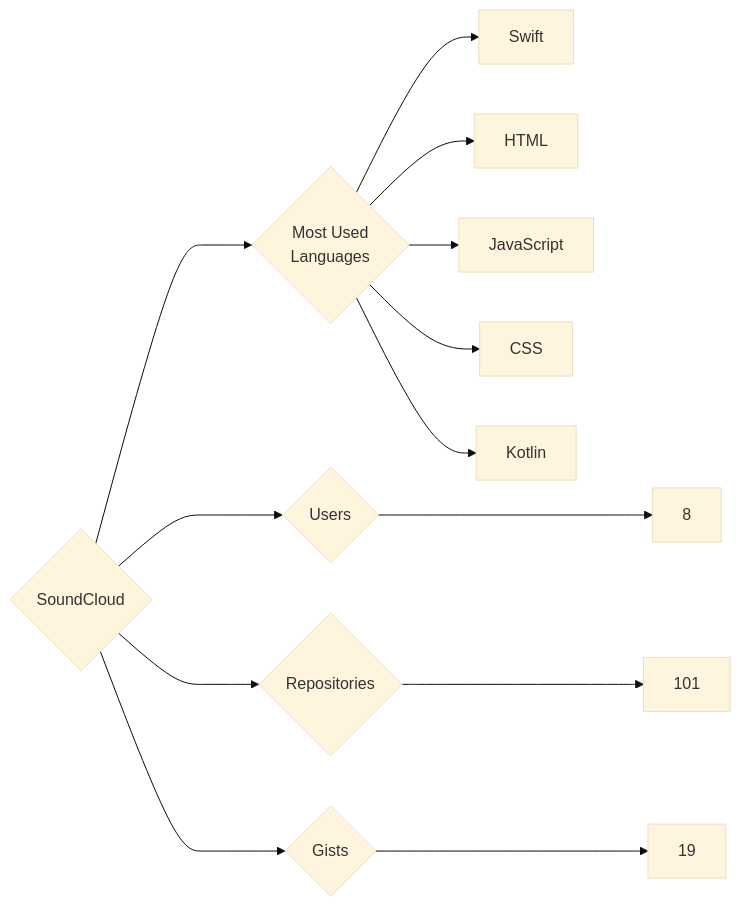
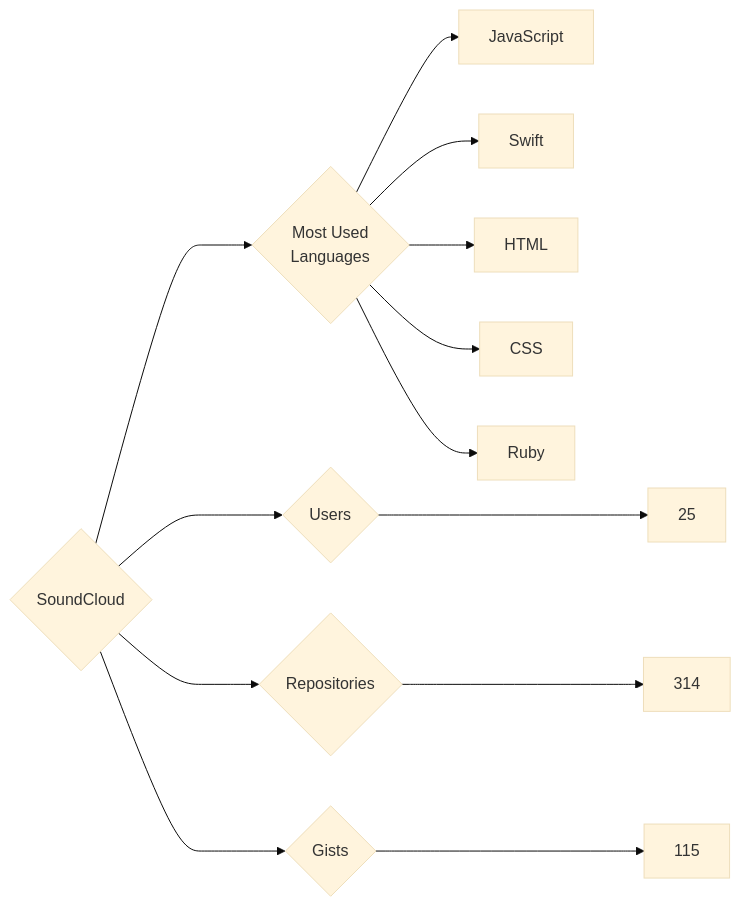
The diagram in targets/SoundCloud/README.md (trickest/insiders), drawn with Mermaid (base theme) before and after one commit. The commit also changed 877 other files, not shown here.

````diff
--- a/targets/SoundCloud/README.md
+++ b/targets/SoundCloud/README.md
@@ -3,13 +3,13 @@
 ```mermaid
 graph LR
 COMPANY_NAME{SoundCloud}
-COMPANY_NAME ---> U{Users} ---> UN[8]
-COMPANY_NAME ---> R{Repositories} ---> RN[101]
-COMPANY_NAME ---> G{Gists} ---> GN[19]
+COMPANY_NAME ---> U{Users} ---> UN[25]
+COMPANY_NAME ---> R{Repositories} ---> RN[314]
+COMPANY_NAME ---> G{Gists} ---> GN[115]
 COMPANY_NAME ---> ML{Most Used<br>Languages}
+ML --> JavaScript[JavaScript]
 ML --> Swift[Swift]
 ML --> HTML[HTML]
-ML --> JavaScript[JavaScript]
 ML --> CSS[CSS]
-ML --> Kotlin[Kotlin]
+ML --> Ruby[Ruby]
 ```
````
